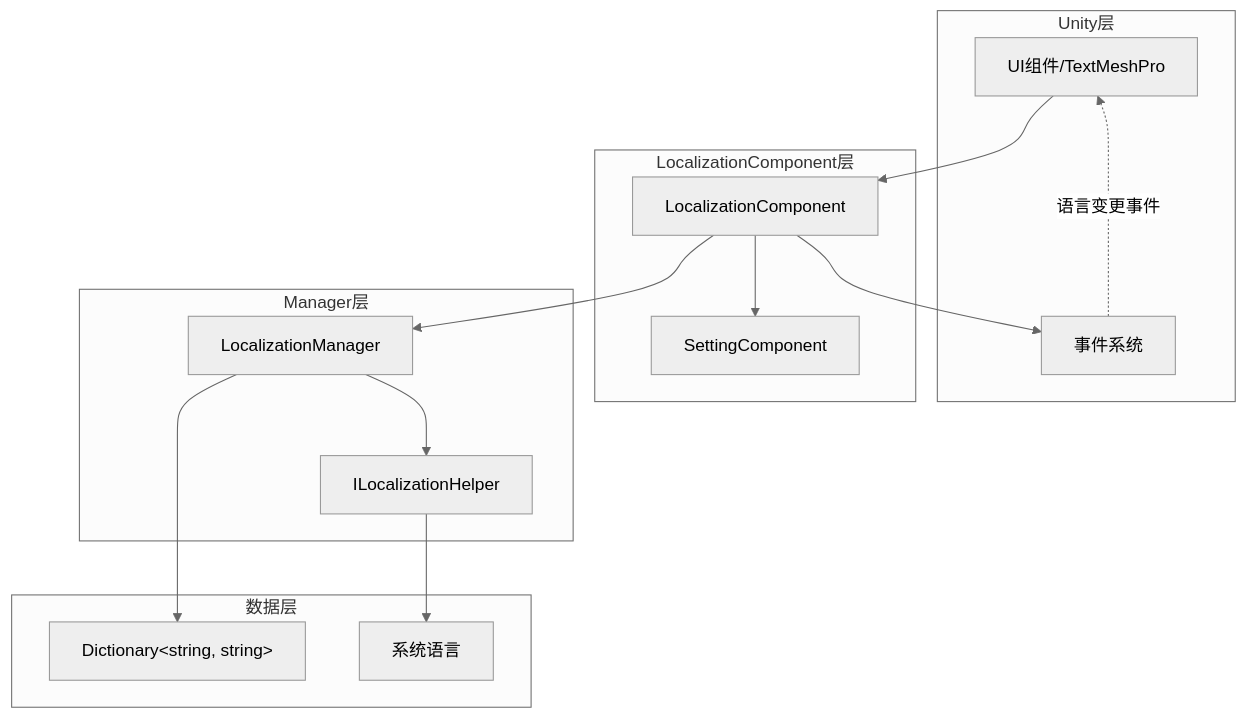
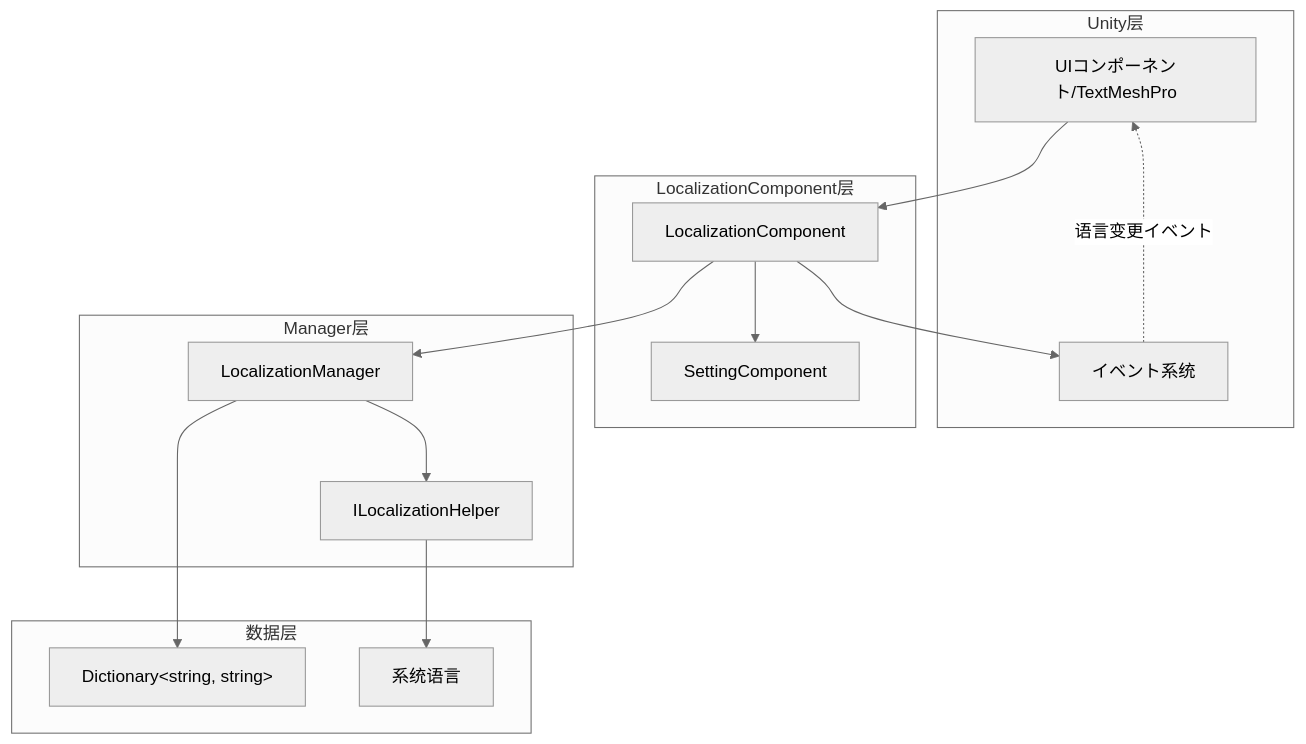
Before and after one commit to AlianBlank/GameFrameX.Docs: the diagram in docs/ja/client/unity/component/localization/08.best-practices.md, drawn with Mermaid (neutral theme). The commit also changed other lines of this file and 603 other files, not shown here.

````diff
--- a/docs/ja/client/unity/component/localization/08.best-practices.md
+++ b/docs/ja/client/unity/component/localization/08.best-practices.md
@@ -11,32 +11,32 @@
 ```mermaid
 graph TD
     subgraph Unity层
-        UI[UI组件/TextMeshPro]
-        Event[事件系统]
+        UI[UIコンポーネント/TextMeshPro]
+        Event[イベント系统]
     end
 
     subgraph LocalizationComponent层
         Comp[LocalizationComponent]
         Setting[SettingComponent]
     end
 
     subgraph Manager层
         LM[LocalizationManager]
         Helper[ILocalizationHelper]
     end
 
     subgraph 数据层
         Dict[Dictionary&lt;string, string&gt;]
         Sys[系统语言]
     end
 
     UI --> Comp
     Comp --> LM
     Comp --> Event
     Comp --> Setting
     LM --> Dict
     LM --> Helper
     Helper --> Sys
 
-    Event -.->|语言变更事件| UI
+    Event -.->|语言变更イベント| UI
 ```
````
